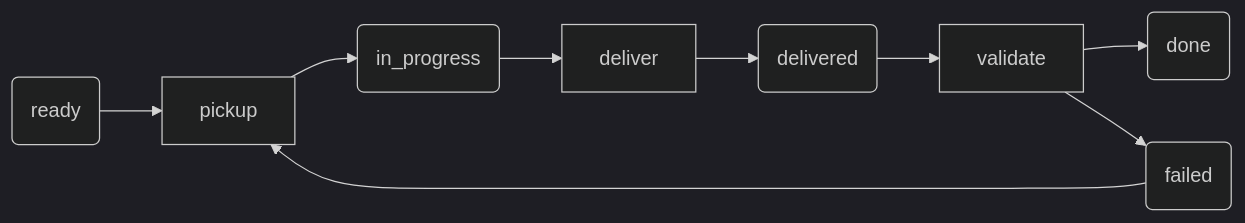
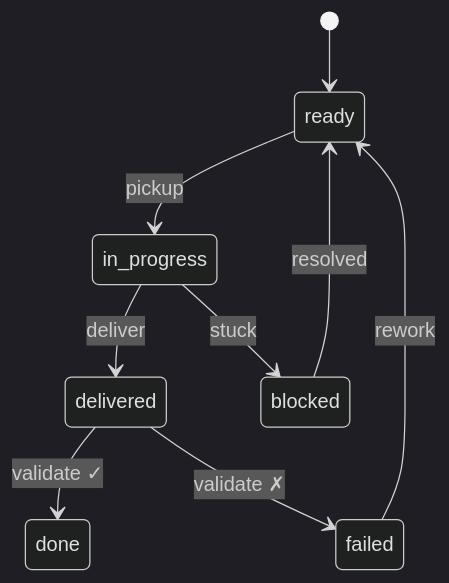
One commit to 1broseidon/brainfile changed the diagram in docs/guides/contracts.md. Above: the diagram before and after it, drawn with Mermaid (dark theme). The commit also changed other lines of this file and 2 other files, not shown here.

````diff
--- a/docs/guides/contracts.md
+++ b/docs/guides/contracts.md
@@ -64,11 +97,11 @@
 ```mermaid
-graph LR
-  ready(ready) --> pickup[pickup]
-  pickup --> in_progress(in_progress)
-  in_progress --> deliver[deliver]
-  deliver --> delivered(delivered)
-  delivered --> validate[validate]
-  validate --> done(done)
-  validate --> failed(failed)
-  failed --> pickup
+stateDiagram-v2
+    [*] --> ready
+    ready --> in_progress: pickup
+    in_progress --> delivered: deliver
+    delivered --> done: validate ✓
+    delivered --> failed: validate ✗
+    failed --> ready: rework
+    in_progress --> blocked: stuck
+    blocked --> ready: resolved
 ```
````
